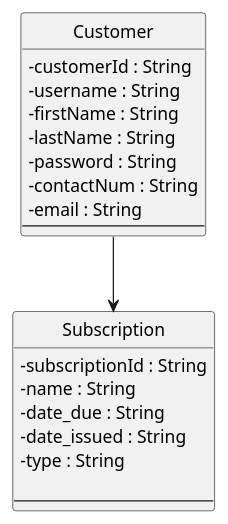
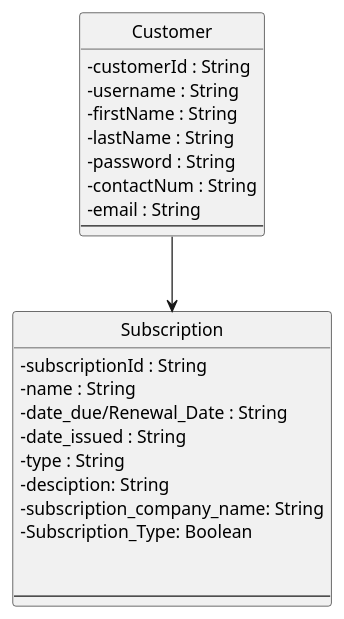
Before and after one commit to 62firelight/SubTrack: the diagram in diagrams/domainClassDiagram.puml, drawn with PlantUML.

Commit message:
added attributes and type to subscription class

```diff
--- a/diagrams/domainClassDiagram.puml
+++ b/diagrams/domainClassDiagram.puml
@@ -1,52 +1,56 @@
 @startuml
 
 skinparam {
     Style strictuml
     RoundCorner 5
     ' use characters instead of icons for showing visibility
     ClassAttributeIconSize 0
     Database {
 	' the default border no longer matches the normal colours (bug?), so fix this
 	BorderColor #A80036
     }
     Sequence {
 	' make activations yellow too
 	LifeLineBackgroundColor #FDFDCD
 
 	' make stereotypes less ugly
 	Stereotype {
 		Font {
 			Size 11
 			Style plain
 		}
 	}
     }
 }
  
 class "Customer" as customer {
     -customerId : String
     -username : String
     -firstName : String
     -lastName : String
     -password : String
     -contactNum : String
     -email : String
     '-card_details? 
   --
 }
 
 class "Subscription" as sub {
     -subscriptionId : String
     -name : String
-    -date_due : String
+    -date_due/Renewal_Date : String
     -date_issued : String
     -type : String
+    -desciption: String
+    -subscription_company_name: String
+    -Subscription_Type: Boolean
+    
     
   --
 }
  
 
  
 customer -down-> sub
 
 @enduml
```
